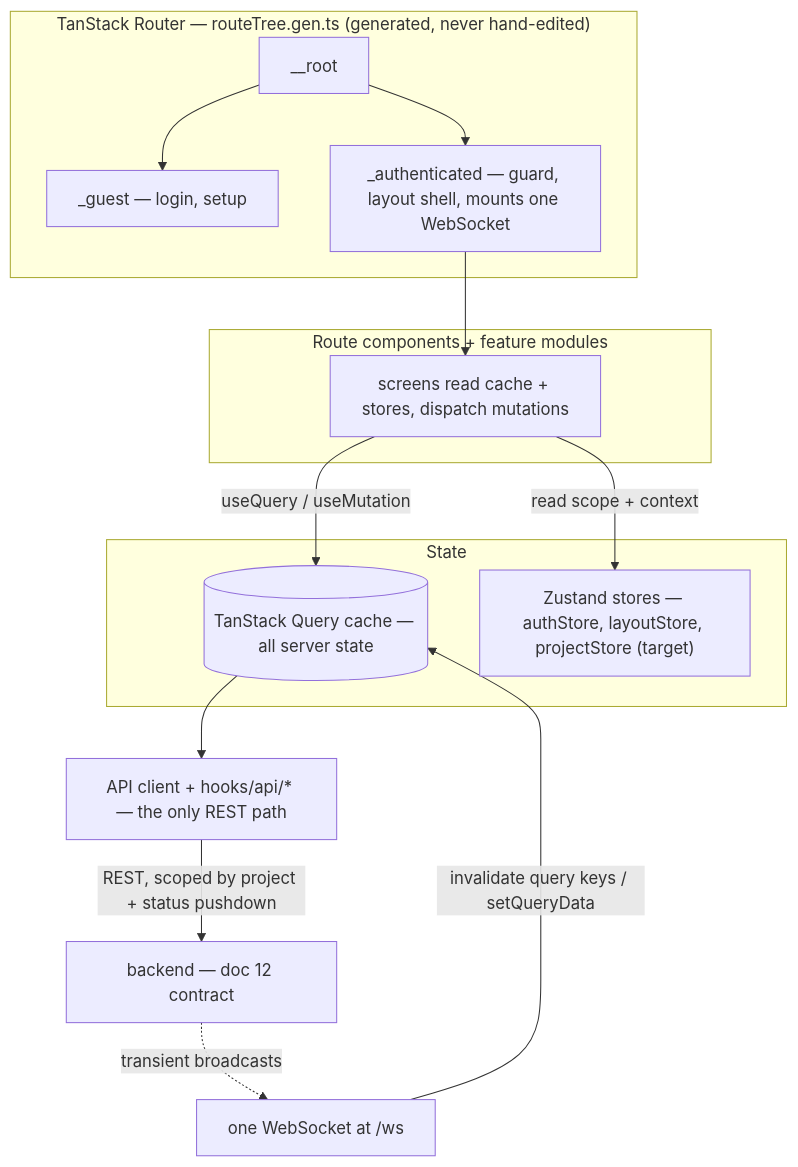
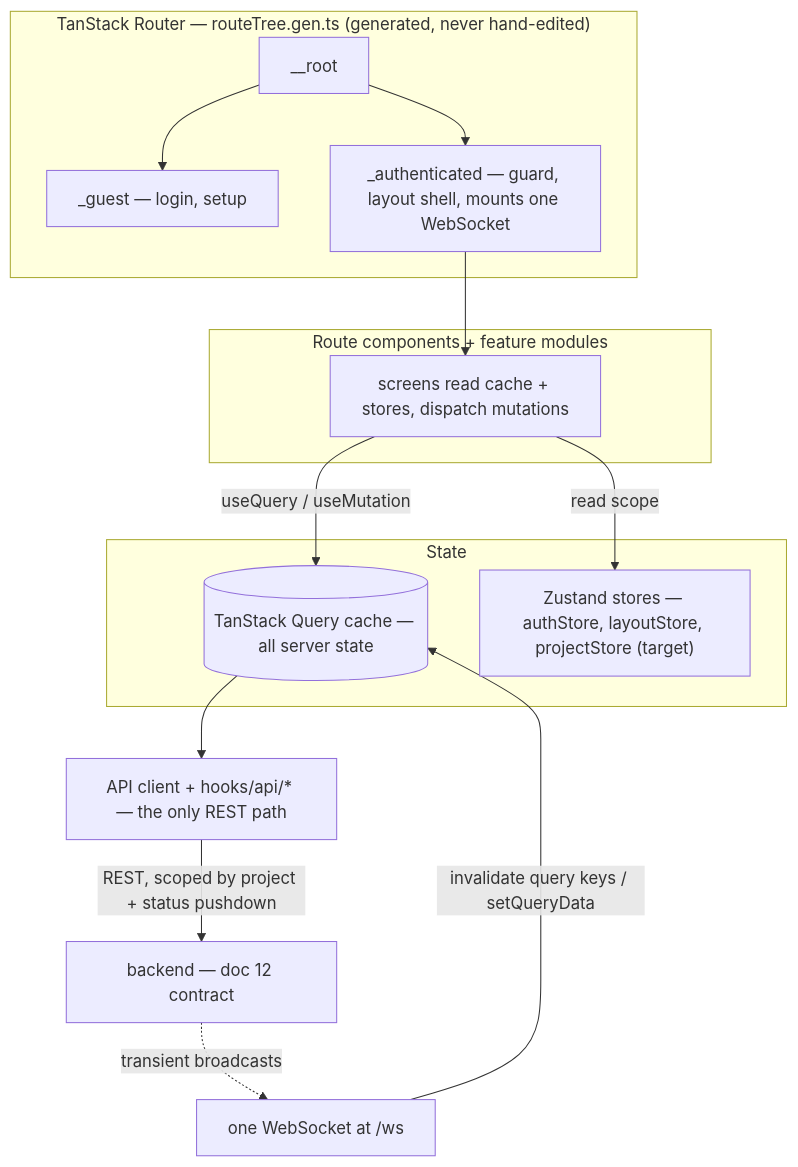
One commit to darkraise/darkmem changed the first of 13 diagrams in docs/design/13-frontend-architecture-and-ia.md. Above: the diagram before and after it, drawn with Mermaid. The commit also changed 2 other files, not shown here.

Commit message:
test(audit-followups): tighten three acceptance tests
A42 now runs tests/test_usage_attribution.py, the file that leaked the
committed postgresql entity, and fails when its cleanup stops
stripping the graph. A19's no-embed check intercepts the
orchestrator's embed methods instead of building a guard nothing
calls, and A12 asserts the refresh marked the token before it cancels.
Doc 12 owns two contracts now, and doc 13's diagram reads scope only.

````diff
--- a/docs/design/13-frontend-architecture-and-ia.md
+++ b/docs/design/13-frontend-architecture-and-ia.md
@@ -29,28 +29,28 @@
 ```mermaid
 flowchart TD
     subgraph ROUTER["TanStack Router — routeTree.gen.ts (generated, never hand-edited)"]
         ROOT["__root"]
         GUEST["_guest — login, setup"]
         AUTH["_authenticated — guard, layout shell, mounts one WebSocket"]
     end
     subgraph VIEWS["Route components + feature modules"]
         SCREEN["screens read cache + stores, dispatch mutations"]
     end
     subgraph STATE["State"]
         QC[("TanStack Query cache — all server state")]
         ZS["Zustand stores — authStore, layoutStore, projectStore (target)"]
     end
     API["API client + hooks/api/* — the only REST path"]
     WS["one WebSocket at /ws"]
     BE["backend — doc 12 contract"]
 
     ROOT --> GUEST
     ROOT --> AUTH
     AUTH --> SCREEN
     SCREEN -->|"useQuery / useMutation"| QC
-    SCREEN -->|"read scope + context"| ZS
+    SCREEN -->|"read scope"| ZS
     QC --> API
     API -->|"REST, scoped by project + status pushdown"| BE
     WS -->|"invalidate query keys / setQueryData"| QC
     BE -.->|"transient broadcasts"| WS
 ```
````
